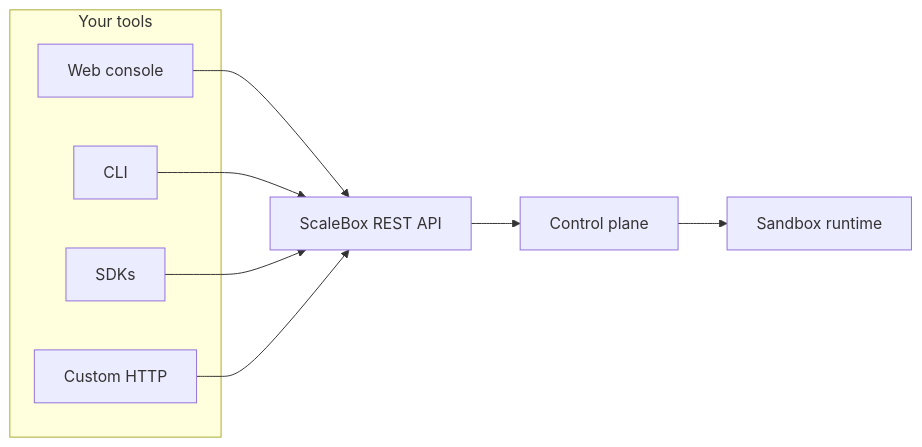
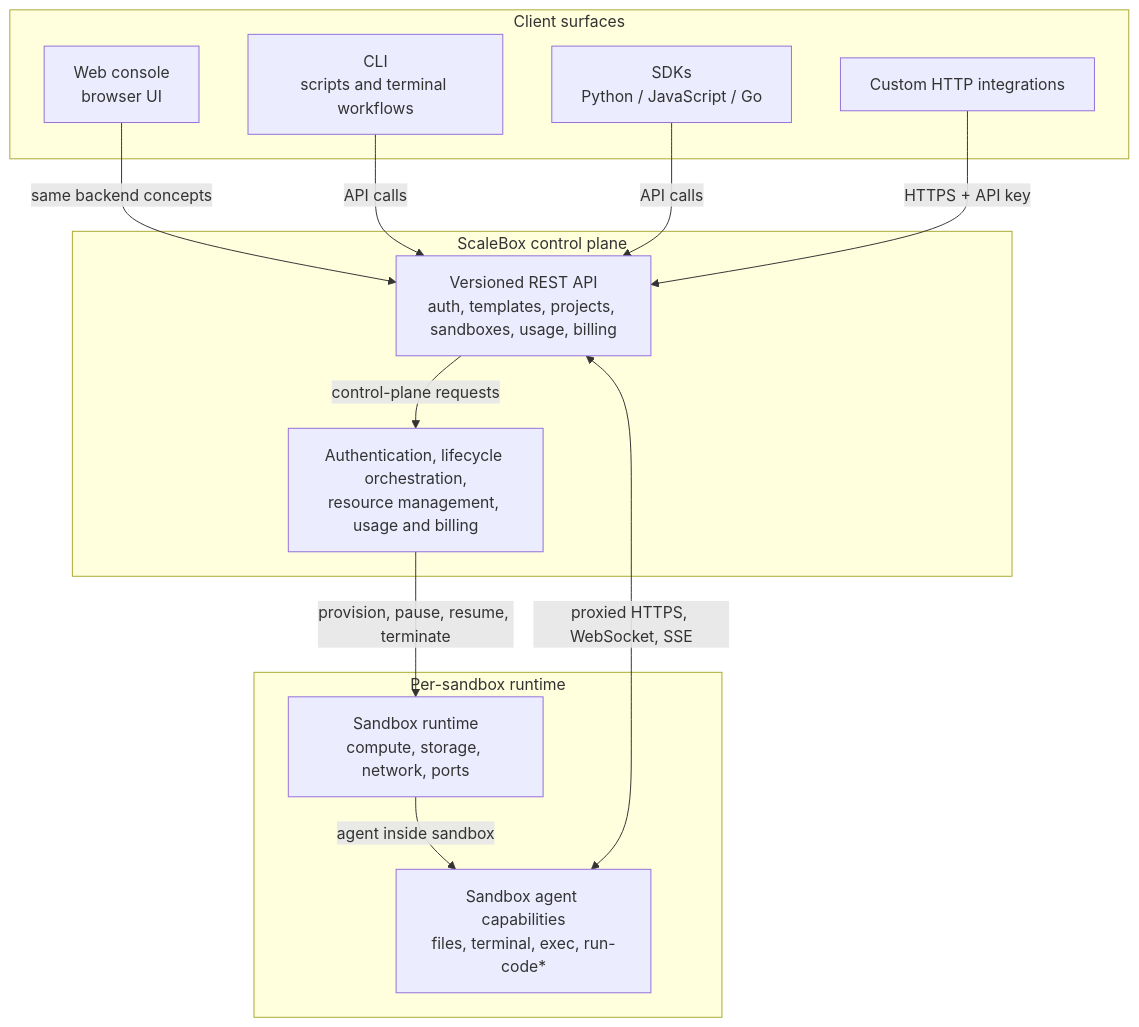
Before and after one commit to scalebox-dev/scalebox-docs: the diagram in content/en/guides/architecture-overview.mdx, drawn with Mermaid. The commit also changed other lines of this file and 2 other files, not shown here.

Commit message:
docs(guides): broaden platform overview and clarify architecture diagram
Expand API and CLI narratives (sandbox ops, exec/file flows, fuller CLI/API
coverage). Redraw mermaid with control plane, sandbox runtime, agent layer,
and proxied API paths. Align en/zh-cn/zh-tw.

Made-with: Cursor

````diff
--- a/content/en/guides/architecture-overview.mdx
+++ b/content/en/guides/architecture-overview.mdx
@@ -54,18 +54,29 @@
 ```mermaid
-flowchart LR
-  subgraph clients [Your tools]
-    Console[Web console]
-    CLI[CLI]
-    SDK[SDKs]
-    Raw[Custom HTTP]
+flowchart TB
+  subgraph clients [Client surfaces]
+    Console[Web console<br/>browser UI]
+    CLI[CLI<br/>scripts and terminal workflows]
+    SDK[SDKs<br/>Python / JavaScript / Go]
+    Raw[Custom HTTP integrations]
   end
-  API[ScaleBox REST API]
-  CP[Control plane]
-  RT[Sandbox runtime]
-  Console --> API
-  CLI --> API
-  SDK --> API
-  Raw --> API
-  API --> CP
-  CP --> RT
+
+  subgraph control [ScaleBox control plane]
+    API[Versioned REST API<br/>auth, templates, projects, sandboxes, usage, billing]
+    Services[Authentication, lifecycle orchestration,<br/>resource management, usage and billing]
+  end
+
+  subgraph sandbox [Per-sandbox runtime]
+    Runtime[Sandbox runtime<br/>compute, storage, network, ports]
+    Agent[Sandbox agent capabilities<br/>files, terminal, exec, run-code*]
+  end
+
+  Console -->|same backend concepts| API
+  CLI -->|API calls| API
+  SDK -->|API calls| API
+  Raw -->|HTTPS + API key| API
+
+  API -->|control-plane requests| Services
+  Services -->|provision, pause, resume, terminate| Runtime
+  Runtime -->|agent inside sandbox| Agent
+  API <--> |proxied HTTPS, WebSocket, SSE| Agent
 ```
````
